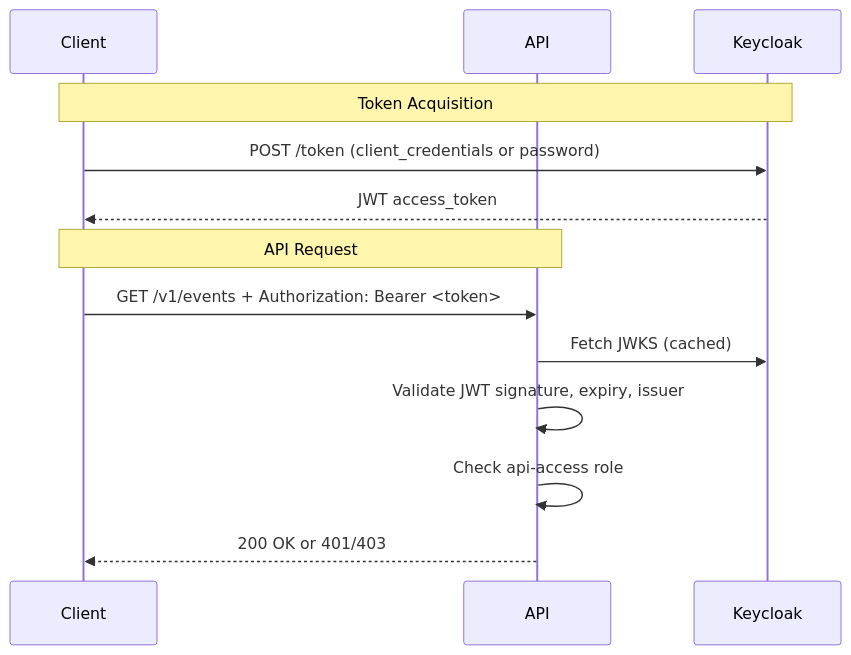
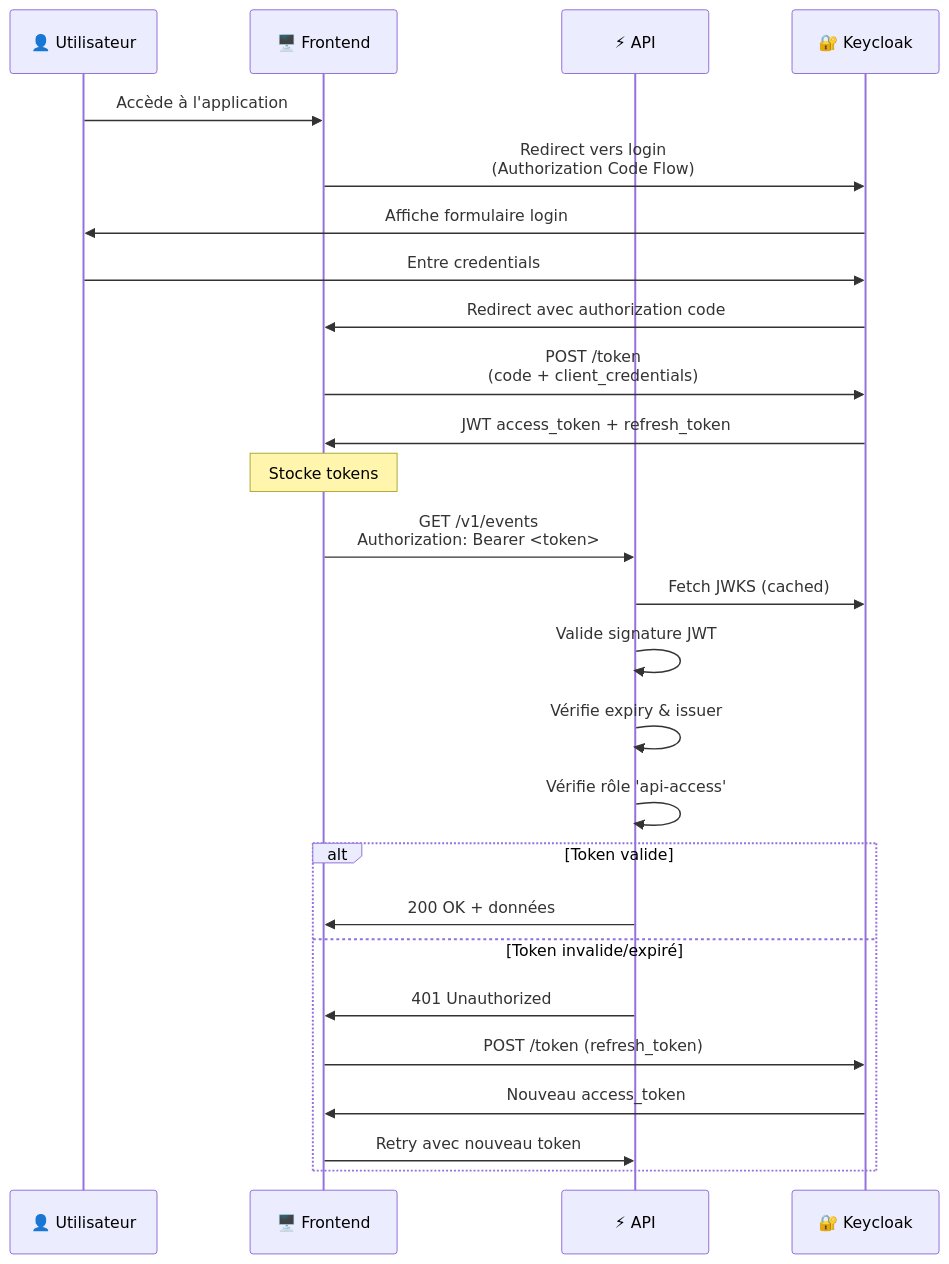
Before and after one commit to loan-mgt/fast-pin-pon: the fifth of 6 diagrams in README.md, drawn with Mermaid. The commit also changed other lines of this file and 2 other files, not shown here.

````diff
--- a/README.md
+++ b/README.md
@@ -230,17 +444,32 @@
 ```mermaid
 sequenceDiagram
-    participant Client
-    participant API
-    participant Keycloak
+    participant User as 👤 Utilisateur
+    participant Front as 🖥️ Frontend
+    participant API as ⚡ API
+    participant Keycloak as 🔐 Keycloak
     
-    Note over Client,Keycloak: Token Acquisition
-    Client->>Keycloak: POST /token (client_credentials or password)
-    Keycloak-->>Client: JWT access_token
+    User->>Front: Accède à l'application
+    Front->>Keycloak: Redirect vers login<br/>(Authorization Code Flow)
+    Keycloak->>User: Affiche formulaire login
+    User->>Keycloak: Entre credentials
+    Keycloak->>Front: Redirect avec authorization code
+    Front->>Keycloak: POST /token<br/>(code + client_credentials)
+    Keycloak->>Front: JWT access_token + refresh_token
     
-    Note over Client,API: API Request
-    Client->>API: GET /v1/events + Authorization: Bearer <token>
+    Note over Front: Stocke tokens
+    
+    Front->>API: GET /v1/events<br/>Authorization: Bearer <token>
     API->>Keycloak: Fetch JWKS (cached)
-    API->>API: Validate JWT signature, expiry, issuer
-    API->>API: Check api-access role
-    API-->>Client: 200 OK or 401/403
+    API->>API: Valide signature JWT
+    API->>API: Vérifie expiry & issuer
+    API->>API: Vérifie rôle 'api-access'
+    
+    alt Token valide
+        API->>Front: 200 OK + données
+    else Token invalide/expiré
+        API->>Front: 401 Unauthorized
+        Front->>Keycloak: POST /token (refresh_token)
+        Keycloak->>Front: Nouveau access_token
+        Front->>API: Retry avec nouveau token
+    end
 ```
````
